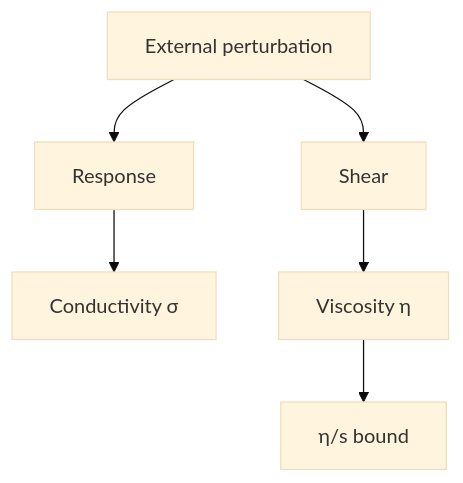
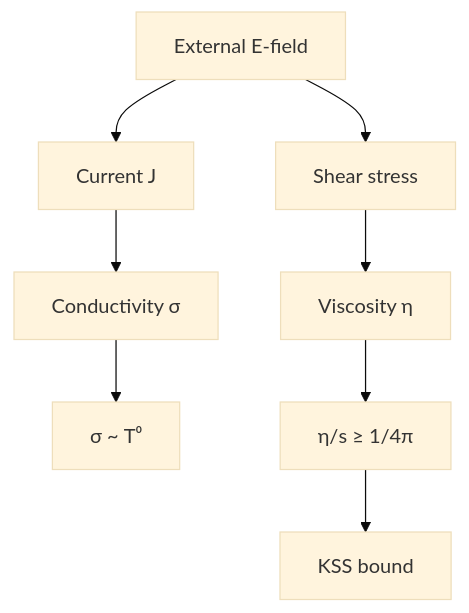
The fifth of 5 diagrams in 03_MSc_Physics/electives/MSPY_6410_AdS_CFT_Correspondence/README.md (yip-lgtm/PhysicsSelfStudy), drawn with Mermaid (base theme) before and after one commit. The commit also changed other lines of this file and 17 other files, not shown here.

````diff
--- a/03_MSc_Physics/electives/MSPY_6410_AdS_CFT_Correspondence/README.md
+++ b/03_MSc_Physics/electives/MSPY_6410_AdS_CFT_Correspondence/README.md
@@ -280,8 +459,10 @@
 ```mermaid
 graph TD
-    A[External perturbation] --> B[Response]
-    B --> C[Conductivity σ]
-    A --> D[Shear]
-    D --> E[Viscosity η]
-    E --> F[η/s bound]
+    A[External E-field] --> B[Current J]
+    A --> C[Shear stress]
+    B --> D[Conductivity σ]
+    C --> E[Viscosity η]
+    D --> F[σ ~ T⁰]
+    E --> G[η/s ≥ 1/4π]
+    G --> H[KSS bound]
 ```
````
